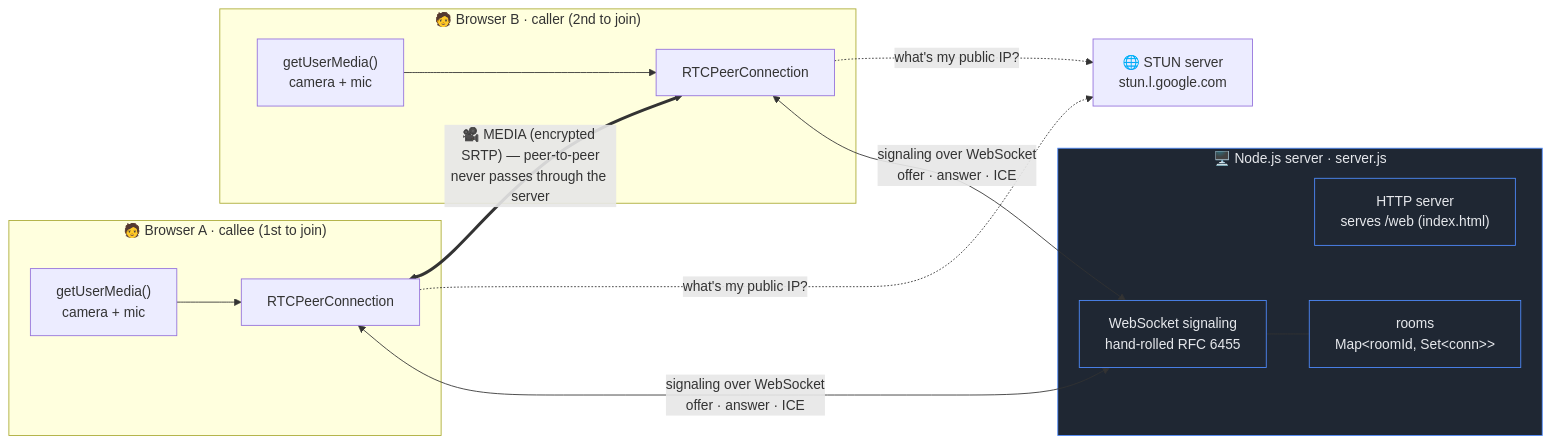
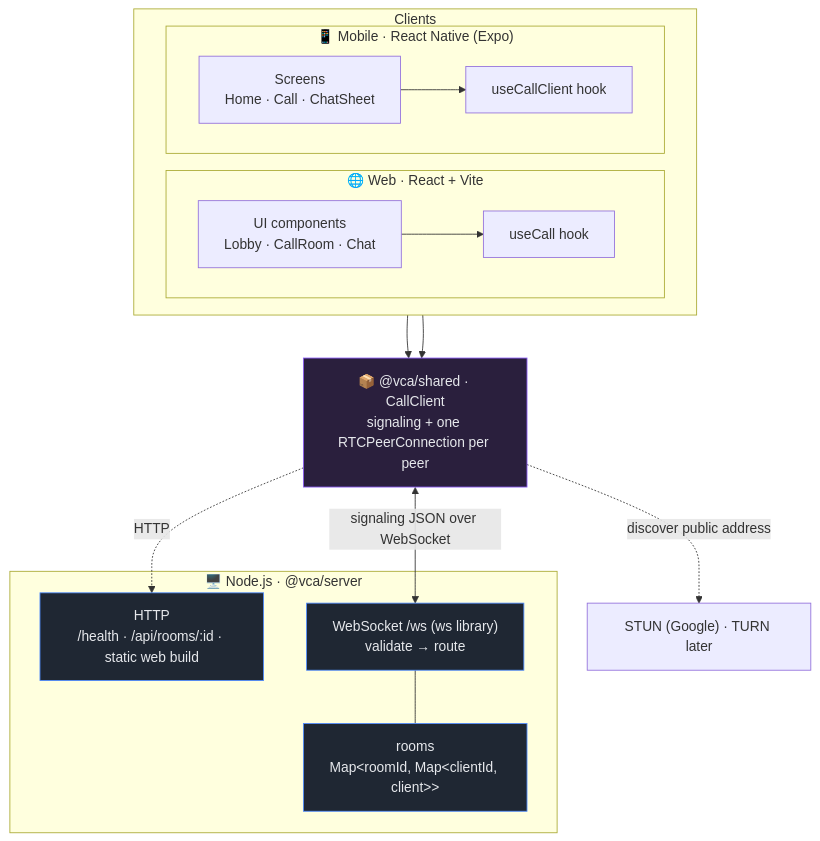
One commit to HarishVerma-UI/video-call-app changed the first of 7 diagrams in ARCHITECTURE.md. Above: the diagram before and after it, drawn with Mermaid. The commit also changed other lines of this file and 57 other files, not shown here.

First line of the commit message:
Build full app: React web, React Native mobile, Node signaling server

````diff
--- a/ARCHITECTURE.md
+++ b/ARCHITECTURE.md
@@ -16,33 +17,37 @@
 ```mermaid
-flowchart LR
-  subgraph BrowserA["🧑 Browser A · callee (1st to join)"]
-    A_media["getUserMedia()<br/>camera + mic"]
-    A_pc["RTCPeerConnection"]
-    A_media --> A_pc
+flowchart TB
+  subgraph Clients
+    direction LR
+    subgraph Web["🌐 Web · React + Vite"]
+      WUI["UI components<br/>Lobby · CallRoom · Chat"]
+      WHOOK["useCall hook"]
+      WUI --> WHOOK
+    end
+    subgraph Mobile["📱 Mobile · React Native (Expo)"]
+      MUI["Screens<br/>Home · Call · ChatSheet"]
+      MHOOK["useCallClient hook"]
+      MUI --> MHOOK
+    end
   end
 
-  subgraph NodeServer["🖥️ Node.js server · server.js"]
-    HTTP["HTTP server<br/>serves /web (index.html)"]
-    WS["WebSocket signaling<br/>hand-rolled RFC 6455"]
-    ROOMS["rooms<br/>Map&lt;roomId, Set&lt;conn&gt;&gt;"]
-    WS --- ROOMS
+  SHARED["📦 @vca/shared · CallClient<br/>signaling + one RTCPeerConnection per peer"]
+  WHOOK --> SHARED
+  MHOOK --> SHARED
+
+  subgraph Server["🖥️ Node.js · @vca/server"]
+    HTTP["HTTP<br/>/health · /api/rooms/:id · static web build"]
+    WSS["WebSocket /ws (ws library)<br/>validate → route"]
+    ROOMS["rooms<br/>Map&lt;roomId, Map&lt;clientId, client&gt;&gt;"]
+    WSS --- ROOMS
   end
 
-  subgraph BrowserB["🧑 Browser B · caller (2nd to join)"]
-    B_media["getUserMedia()<br/>camera + mic"]
-    B_pc["RTCPeerConnection"]
-    B_media --> B_pc
-  end
-
-  STUN["🌐 STUN server<br/>stun.l.google.com"]
-
-  A_pc <-->|"signaling over WebSocket<br/>offer · answer · ICE"| WS
-  B_pc <-->|"signaling over WebSocket<br/>offer · answer · ICE"| WS
-  A_pc -.->|"what's my public IP?"| STUN
-  B_pc -.->|"what's my public IP?"| STUN
-  A_pc <==>|"🎥 MEDIA (encrypted SRTP) — peer-to-peer<br/>never passes through the server"| B_pc
+  SHARED <-->|"signaling JSON over WebSocket"| WSS
+  SHARED -.->|"HTTP"| HTTP
+  STUN["STUN (Google) · TURN later"]
+  SHARED -.->|"discover public address"| STUN
 
   classDef server fill:#1f2733,stroke:#4f8cff,color:#e6e8ec;
-  classDef media fill:#14301f,stroke:#35c47a,color:#e6e8ec;
-  class NodeServer,HTTP,WS,ROOMS server;
+  classDef shared fill:#2a1f3d,stroke:#8b5cf6,color:#e6e8ec;
+  class HTTP,WSS,ROOMS server;
+  class SHARED shared;
 ```
````
